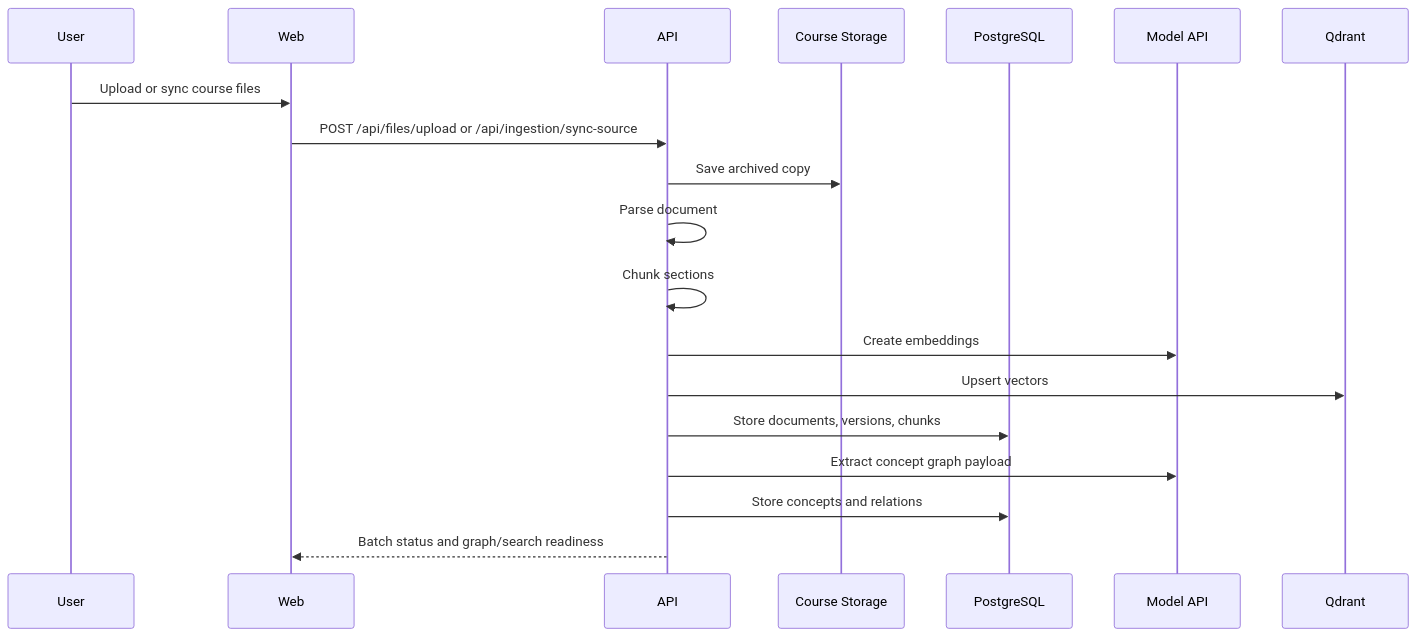
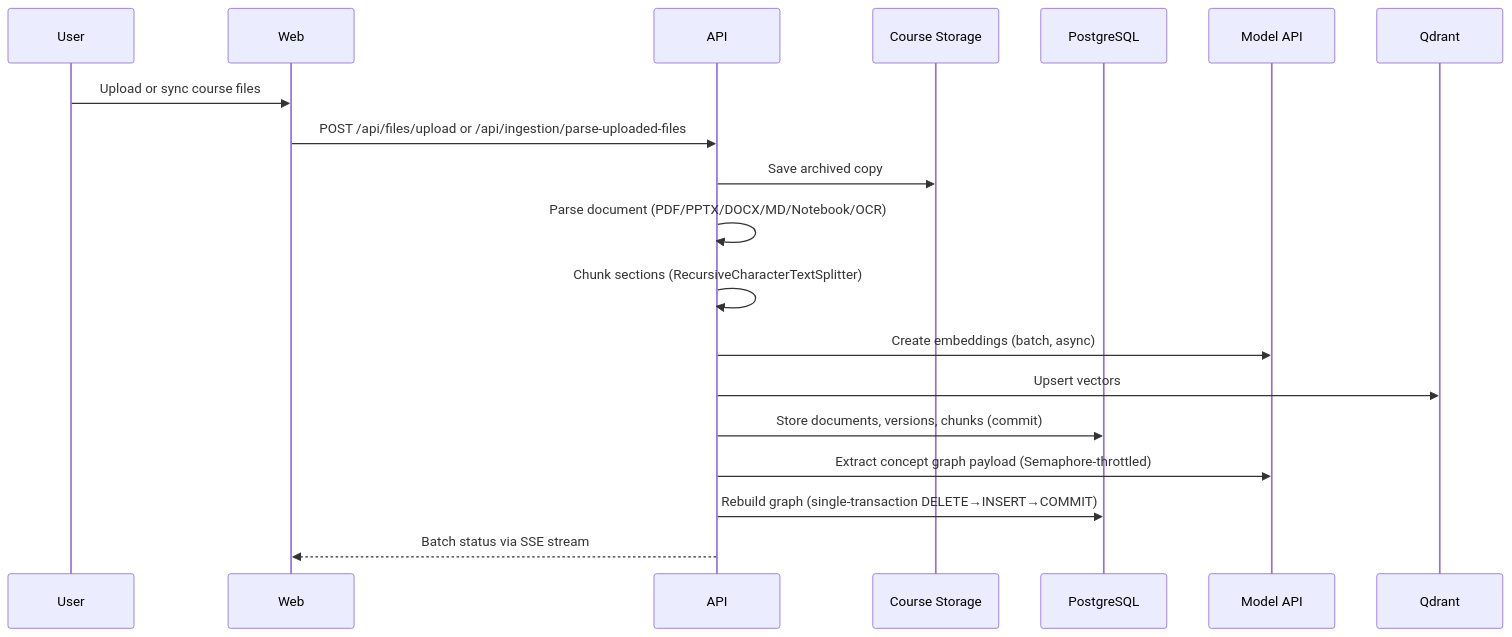
Before and after one commit to Sggggt/DialoGraph: the third of 4 diagrams in README.md, drawn with Mermaid. The commit also changed other lines of this file and 38 other files, not shown here.

Commit message:
feat: 完善了文件解析与图谱构建的并发控制、工作流以及数据结构

````diff
--- a/README.md
+++ b/README.md
@@ -269,22 +338,22 @@
 ```mermaid
 sequenceDiagram
     participant User
     participant Web
     participant API
     participant FS as Course Storage
     participant DB as PostgreSQL
     participant Model as Model API
     participant Qdrant
 
     User->>Web: Upload or sync course files
-    Web->>API: POST /api/files/upload or /api/ingestion/sync-source
+    Web->>API: POST /api/files/upload or /api/ingestion/parse-uploaded-files
     API->>FS: Save archived copy
-    API->>API: Parse document
-    API->>API: Chunk sections
-    API->>Model: Create embeddings
+    API->>API: Parse document (PDF/PPTX/DOCX/MD/Notebook/OCR)
+    API->>API: Chunk sections (RecursiveCharacterTextSplitter)
+    API->>Model: Create embeddings (batch, async)
     API->>Qdrant: Upsert vectors
-    API->>DB: Store documents, versions, chunks
-    API->>Model: Extract concept graph payload
-    API->>DB: Store concepts and relations
-    API-->>Web: Batch status and graph/search readiness
+    API->>DB: Store documents, versions, chunks (commit)
+    API->>Model: Extract concept graph payload (Semaphore-throttled)
+    API->>DB: Rebuild graph (single-transaction DELETE→INSERT→COMMIT)
+    API-->>Web: Batch status via SSE stream
 ```
````
